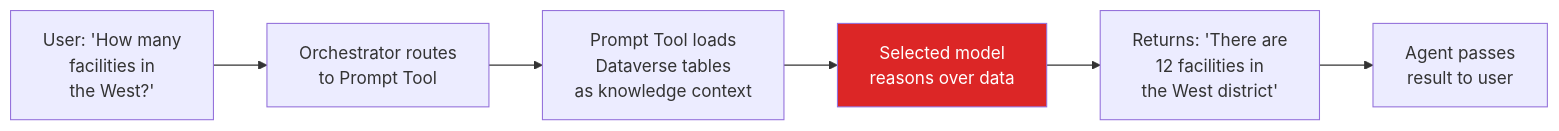
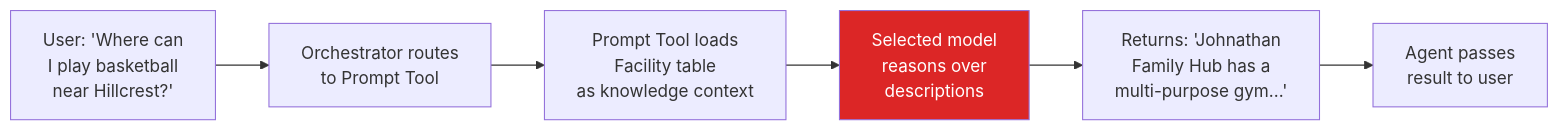
The fifth of 5 diagrams in _posts/2026-04-10-dataverse-retrieval-patterns-copilot-studio.md (microsoft/mcscatblog), drawn with Mermaid before and after one commit. The commit also changed other lines of this file and 14 other files, not shown here.

First line of the commit message:
Dataverse retrieval patterns: editorial review, schema alignment, interactive widget

````diff
--- a/_posts/2026-04-10-dataverse-retrieval-patterns-copilot-studio.md
+++ b/_posts/2026-04-10-dataverse-retrieval-patterns-copilot-studio.md
@@ -480,10 +501,10 @@
 ```mermaid
 flowchart LR
-    A["User: 'How many<br>facilities in<br>the West?'"] --> B["Orchestrator routes<br>to Prompt Tool"]
-    B --> C["Prompt Tool loads<br>Dataverse tables<br>as knowledge context"]
-    C --> D["Selected model<br>reasons over data"]
-    D --> E["Returns: 'There are<br>12 facilities in<br>the West district'"]
+    A["User: 'Where can<br>I play basketball<br>near Hillcrest?'"] --> B["Orchestrator routes<br>to Prompt Tool"]
+    B --> C["Prompt Tool loads<br>Facility table<br>as knowledge context"]
+    C --> D["Selected model<br>reasons over<br>descriptions"]
+    D --> E["Returns: 'Johnathan<br>Family Hub has a<br>multi-purpose gym...'"]
     E --> F["Agent passes<br>result to user"]
     
     style D fill:#dc2626,color:#fff
 ```
````
